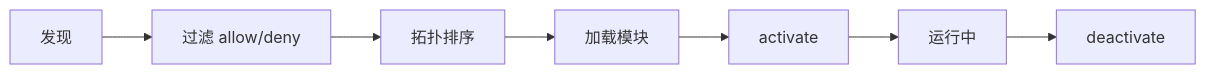
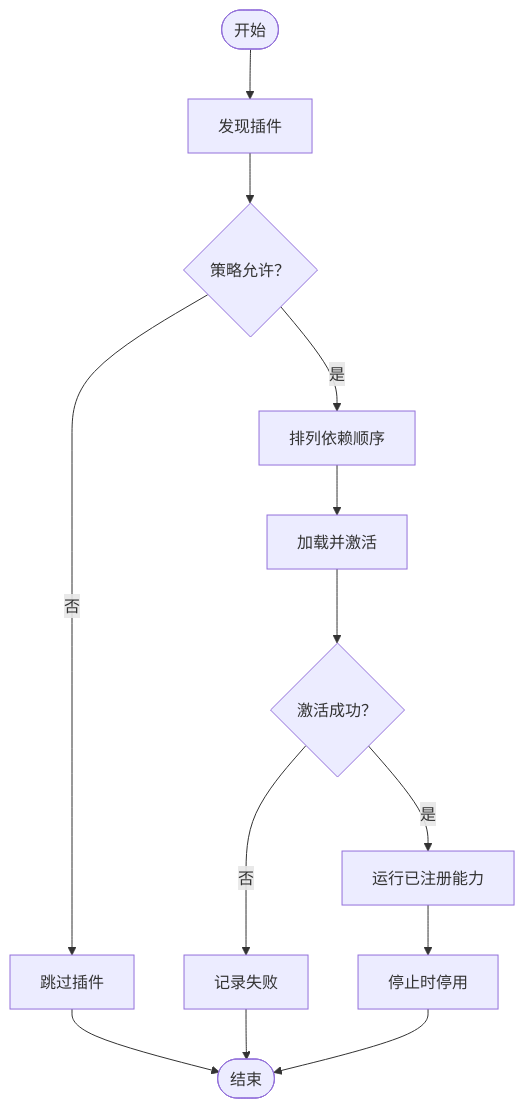
Before and after one commit to fuyuxiang/echo-agent: the diagram in docs/integrations/plugins/developing-plugins.md, drawn with Mermaid. The commit also changed other lines of this file and 201 other files, not shown here.

Commit message:
完善桌面端与运行时文档并规范架构流程图

````diff
--- a/docs/integrations/plugins/developing-plugins.md
+++ b/docs/integrations/plugins/developing-plugins.md
@@ -100,9 +102,15 @@
 ```mermaid
-graph LR
-    A[发现] --> B[过滤 allow/deny]
-    B --> C[拓扑排序]
-    C --> D[加载模块]
-    D --> E[activate]
-    E --> F[运行中]
-    F --> G[deactivate]
+flowchart TD
+    S([开始]) --> A[发现插件]
+    A --> B{策略允许？}
+    B -->|否| X[跳过插件]
+    B -->|是| C[排列依赖顺序]
+    C --> D[加载并激活]
+    D --> E{激活成功？}
+    E -->|否| F[记录失败]
+    E -->|是| G[运行已注册能力]
+    G --> H[停止时停用]
+    X --> T([结束])
+    F --> T
+    H --> T
 ```
````
